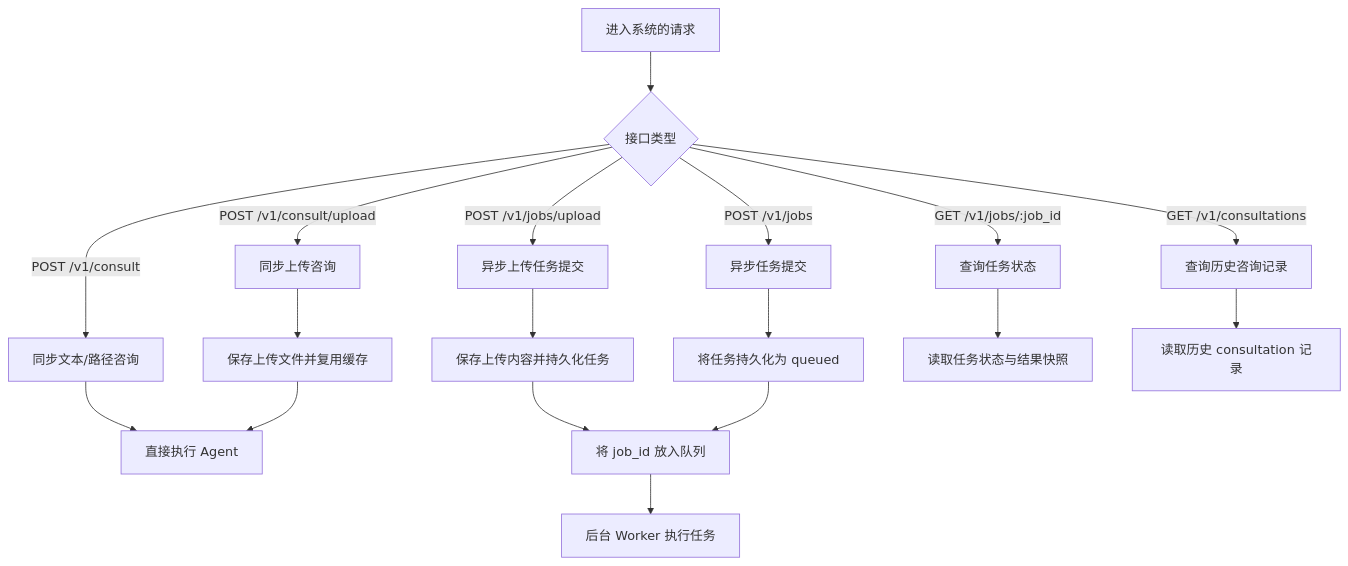
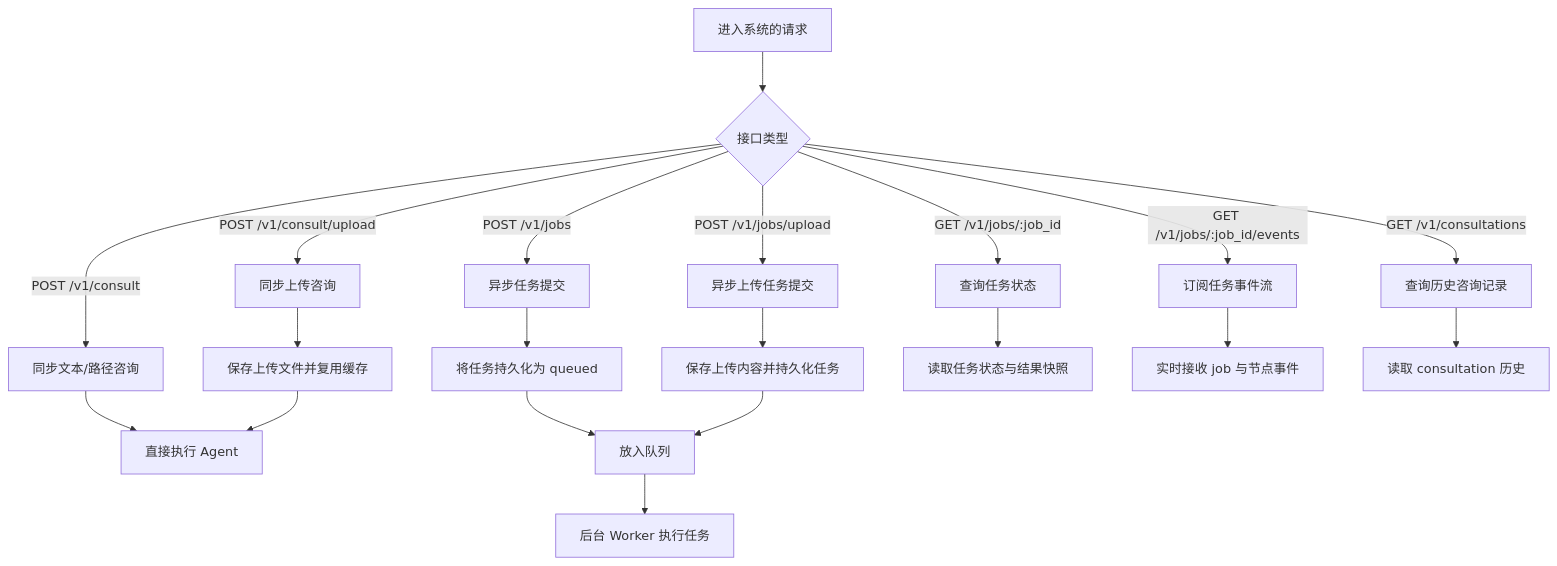
The second of 8 diagrams in docs/backend-architecture.md (jiliguluhua/liver_rag), drawn with Mermaid before and after one commit. The commit also changed other lines of this file, not shown here.

````diff
--- a/docs/backend-architecture.md
+++ b/docs/backend-architecture.md
@@ -46,23 +30,25 @@
 ```mermaid
 flowchart TD
     A[进入系统的请求] --> B{接口类型}
     B -->|POST /v1/consult| C[同步文本/路径咨询]
     B -->|POST /v1/consult/upload| D[同步上传咨询]
     B -->|POST /v1/jobs| E[异步任务提交]
     B -->|POST /v1/jobs/upload| F[异步上传任务提交]
     B -->|GET /v1/jobs/:job_id| G[查询任务状态]
-    B -->|GET /v1/consultations| H[查询历史咨询记录]
+    B -->|GET /v1/jobs/:job_id/events| H[订阅任务事件流]
+    B -->|GET /v1/consultations| I[查询历史咨询记录]
 
-    C --> I[直接执行 Agent]
-    D --> J[保存上传文件并复用缓存]
-    J --> I
+    C --> J[直接执行 Agent]
+    D --> K[保存上传文件并复用缓存]
+    K --> J
 
-    E --> K[将任务持久化为 queued]
-    F --> L[保存上传内容并持久化任务]
-    L --> M[将 job_id 放入队列]
-    K --> M
-    M --> N[后台 Worker 执行任务]
+    E --> L[将任务持久化为 queued]
+    F --> M[保存上传内容并持久化任务]
+    L --> N[放入队列]
+    M --> N
+    N --> O[后台 Worker 执行任务]
 
-    G --> O[读取任务状态与结果快照]
-    H --> P[读取历史 consultation 记录]
+    G --> P[读取任务状态与结果快照]
+    H --> Q[实时接收 job 与节点事件]
+    I --> R[读取 consultation 历史]
 ```
````
